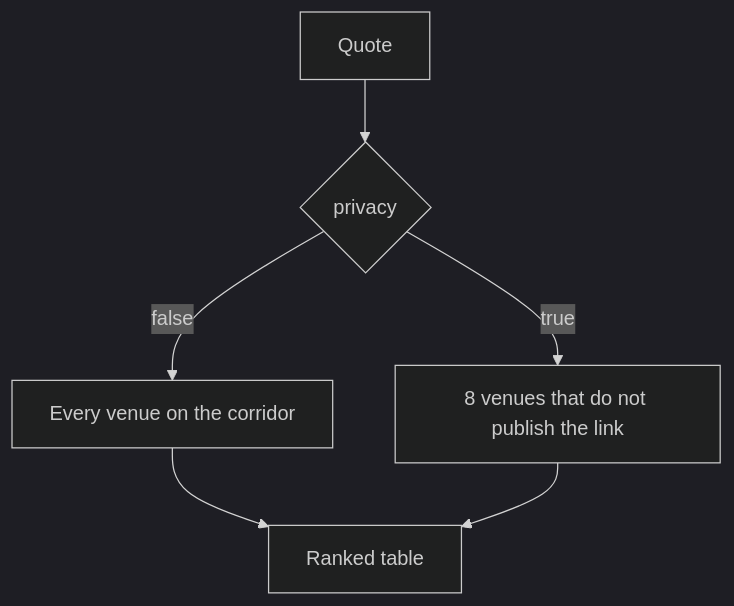
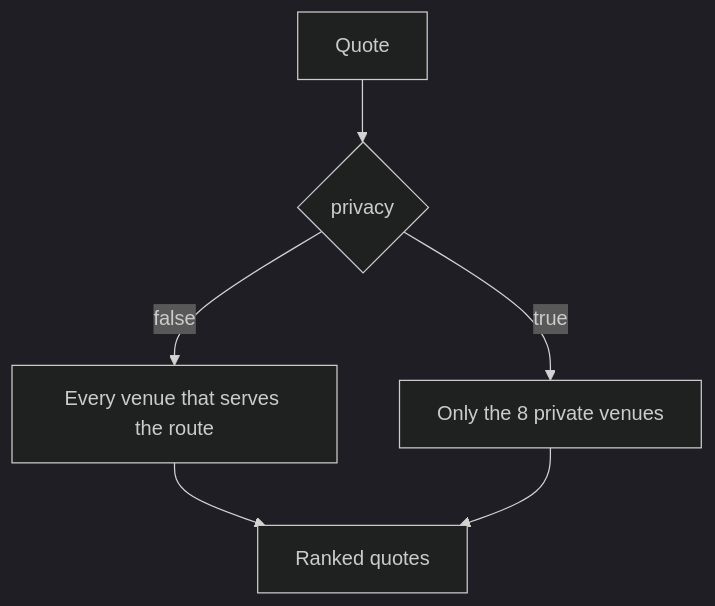
Before and after one commit to Kernlog/brdg-docs: the diagram in concepts/privacy.mdx, drawn with Mermaid (dark theme). The commit also changed other lines of this file and 21 other files, not shown here.

````diff
--- a/concepts/privacy.mdx
+++ b/concepts/privacy.mdx
@@ -8,8 +8,8 @@
 ```mermaid
 flowchart TD
     Q["Quote"] --> M{"privacy"}
-    M -->|false| A["Every venue on the corridor"]
-    M -->|true| F["8 venues that do not publish the link"]
-    A --> R["Ranked table"]
+    M -->|false| A["Every venue that serves the route"]
+    M -->|true| F["Only the 8 private venues"]
+    A --> R["Ranked quotes"]
     F --> R
 ```
````
